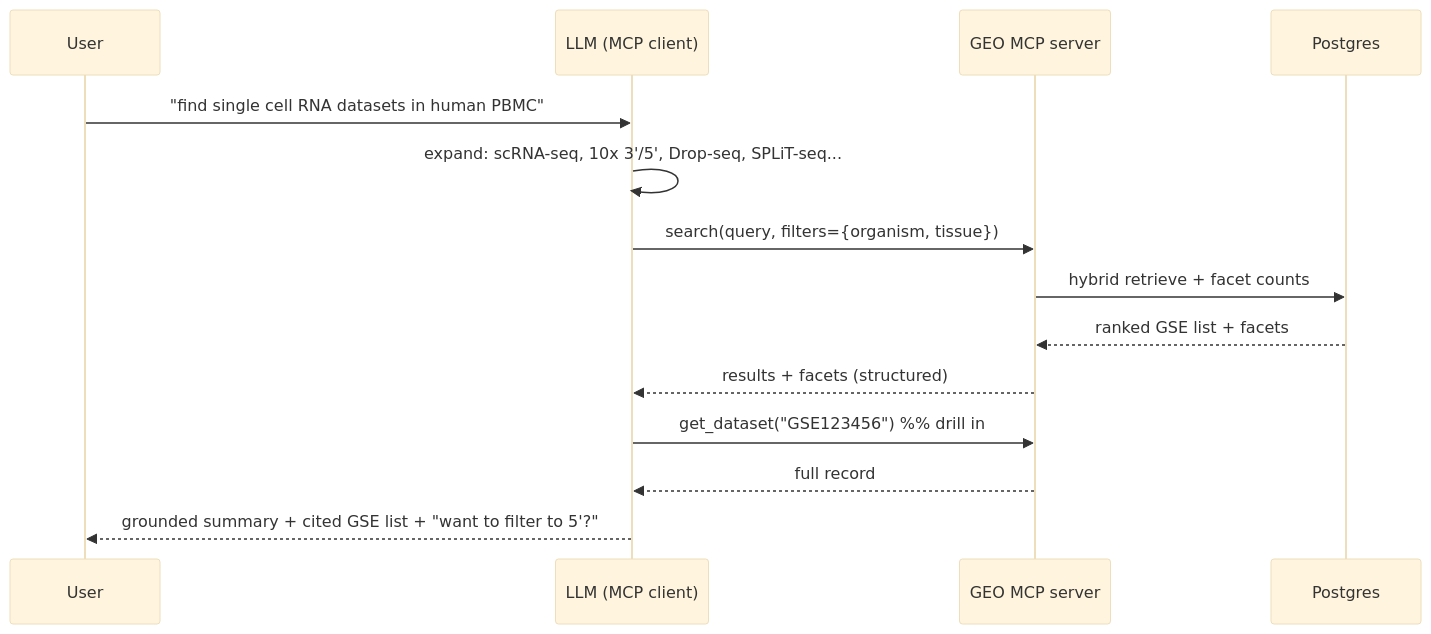
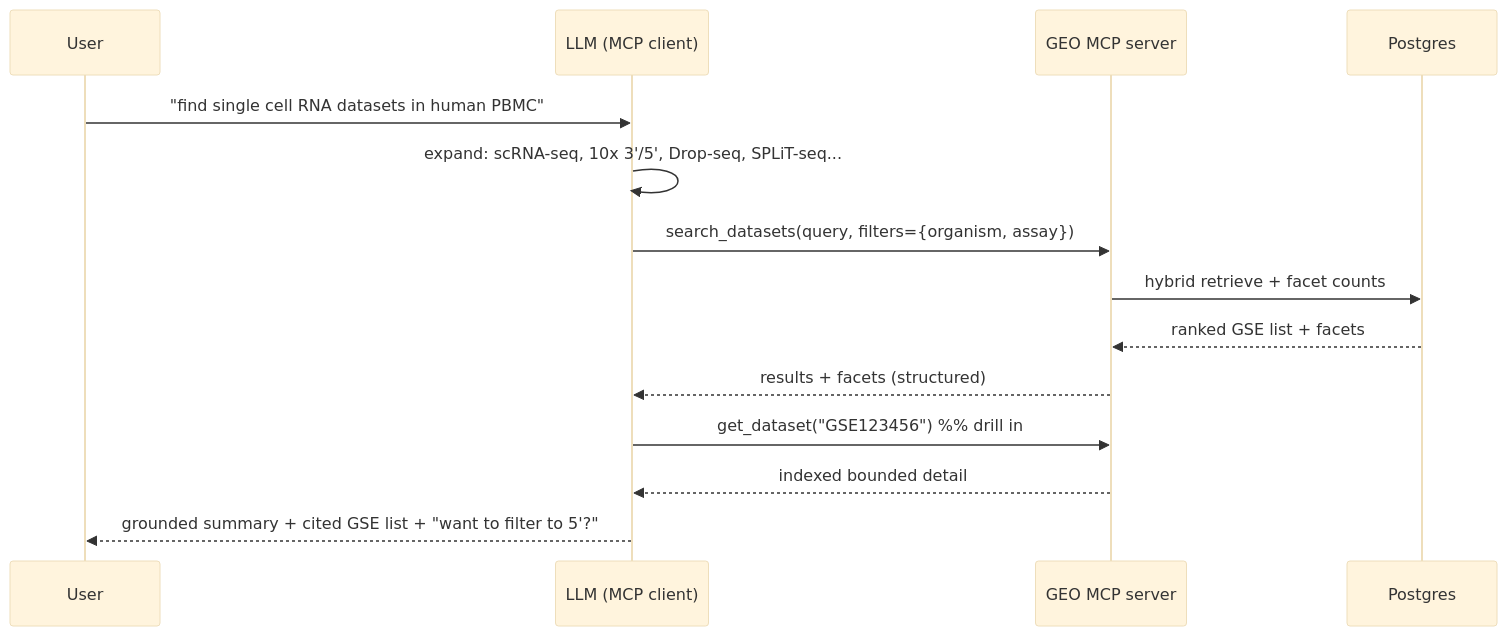
One commit to kevinwuhoo/GEOscope changed the diagram in wiki/27-MCP-Interface.md. Above: the diagram before and after it, drawn with Mermaid (base theme). The commit also changed other lines of this file and 23 other files, not shown here.

````diff
--- a/wiki/27-MCP-Interface.md
+++ b/wiki/27-MCP-Interface.md
@@ -21,16 +48,16 @@
 ```mermaid
 sequenceDiagram
   participant U as User
   participant L as LLM (MCP client)
   participant S as GEO MCP server
   participant PG as Postgres
   U->>L: "find single cell RNA datasets in human PBMC"
   L->>L: expand: scRNA-seq, 10x 3'/5', Drop-seq, SPLiT-seq...
-  L->>S: search(query, filters={organism, tissue})
+  L->>S: search_datasets(query, filters={organism, assay})
   S->>PG: hybrid retrieve + facet counts
   PG-->>S: ranked GSE list + facets
   S-->>L: results + facets (structured)
   L->>S: get_dataset("GSE123456")   %% drill in
-  S-->>L: full record
+  S-->>L: indexed bounded detail
   L-->>U: grounded summary + cited GSE list + "want to filter to 5'?"
 ```
````
